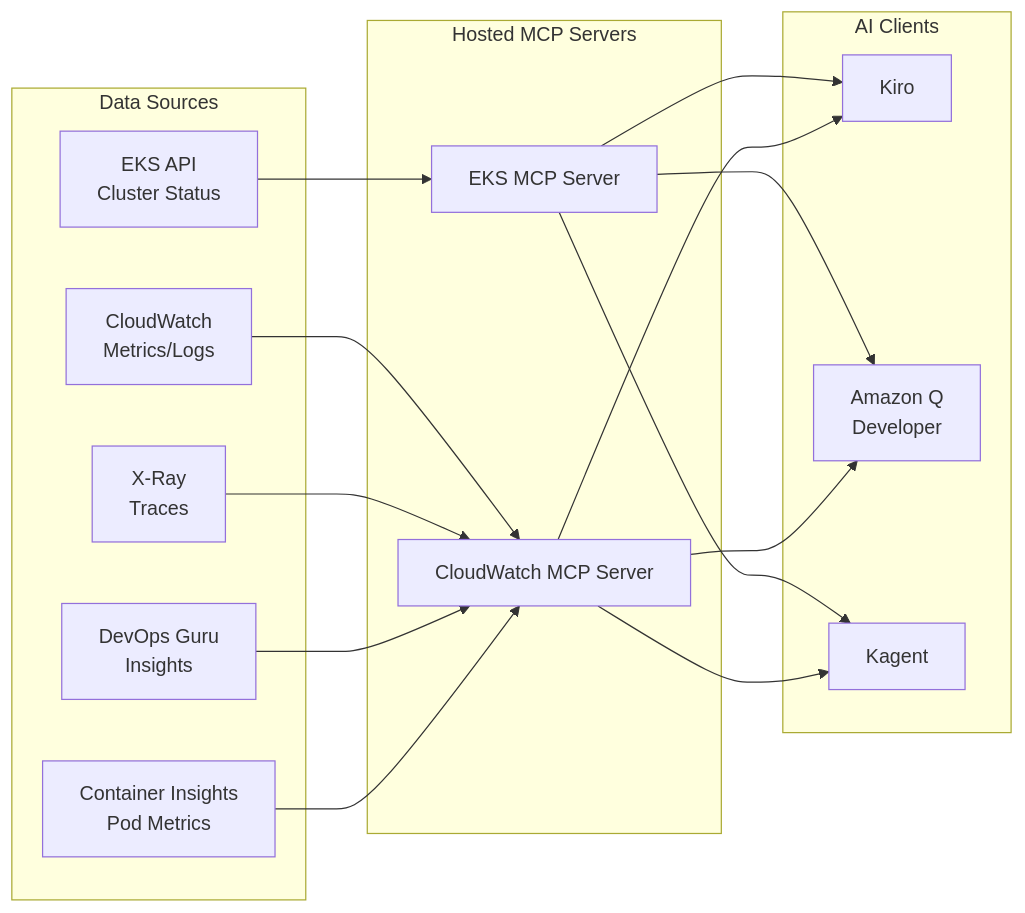
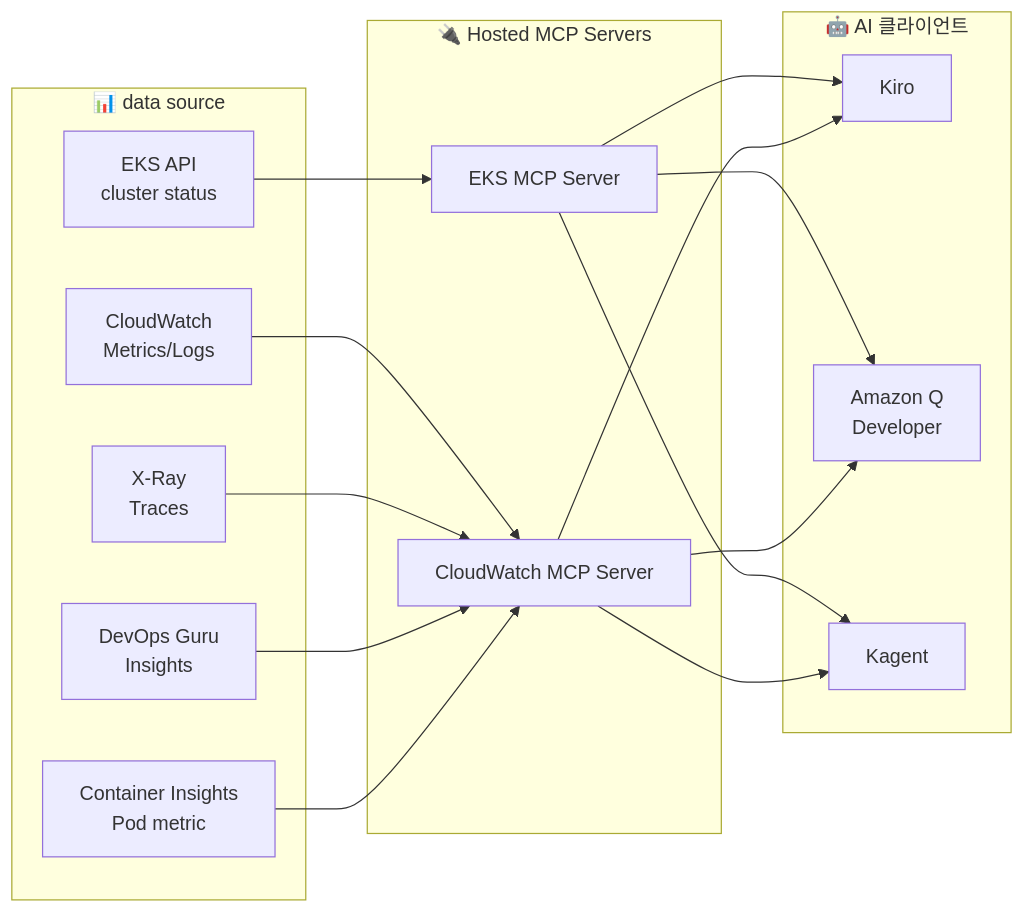
The fifth of 6 diagrams in i18n/en/docusaurus-plugin-content-docs/current/aidlc/agentic-ops/aiops-observability-stack.md (devfloor9/engineering-playbook), drawn with Mermaid before and after one commit. The commit also changed other lines of this file and 95 other files, not shown here.

````diff
--- a/i18n/en/docusaurus-plugin-content-docs/current/aidlc/agentic-ops/aiops-observability-stack.md
+++ b/i18n/en/docusaurus-plugin-content-docs/current/aidlc/agentic-ops/aiops-observability-stack.md
@@ -2431,34 +2430,34 @@
 ```mermaid
 graph LR
-    subgraph DataSources["Data Sources"]
-        CW["CloudWatch<br/>Metrics/Logs"]
-        XR["X-Ray<br/>Traces"]
-        EKS_API["EKS API<br/>Cluster Status"]
-        DG["DevOps Guru<br/>Insights"]
-        CI["Container Insights<br/>Pod Metrics"]
-    end
+ subgraph DataSources["📊 data source"]
+ CW["CloudWatch<br/>Metrics/Logs"]
+ XR["X-Ray<br/>Traces"]
+ EKS_API["EKS API<br/>cluster status"]
+ DG["DevOps Guru<br/>Insights"]
+ CI["Container Insights<br/>Pod metric"]
+ end
 
-    subgraph MCP["Hosted MCP Servers"]
-        EKS_MCP["EKS MCP Server"]
-        CW_MCP["CloudWatch MCP Server"]
-    end
+ subgraph MCP["🔌 Hosted MCP Servers"]
+ EKS_MCP["EKS MCP Server"]
+ CW_MCP["CloudWatch MCP Server"]
+ end
 
-    subgraph Clients["AI Clients"]
-        Kiro["Kiro"]
-        QDev["Amazon Q<br/>Developer"]
-        Kagent2["Kagent"]
-    end
+ subgraph Clients["🤖 AI 클라이언트"]
+ Kiro["Kiro"]
+ QDev["Amazon Q<br/>Developer"]
+ Kagent2["Kagent"]
+ end
 
-    CW --> CW_MCP
-    XR --> CW_MCP
-    DG --> CW_MCP
-    CI --> CW_MCP
-    EKS_API --> EKS_MCP
+ CW --> CW_MCP
+ XR --> CW_MCP
+ DG --> CW_MCP
+ CI --> CW_MCP
+ EKS_API --> EKS_MCP
 
-    EKS_MCP --> Kiro
-    EKS_MCP --> QDev
-    EKS_MCP --> Kagent2
-    CW_MCP --> Kiro
-    CW_MCP --> QDev
-    CW_MCP --> Kagent2
+ EKS_MCP --> Kiro
+ EKS_MCP --> QDev
+ EKS_MCP --> Kagent2
+ CW_MCP --> Kiro
+ CW_MCP --> QDev
+ CW_MCP --> Kagent2
 ```
````
